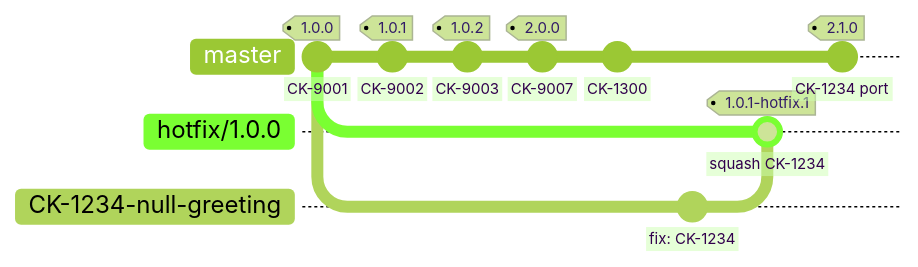
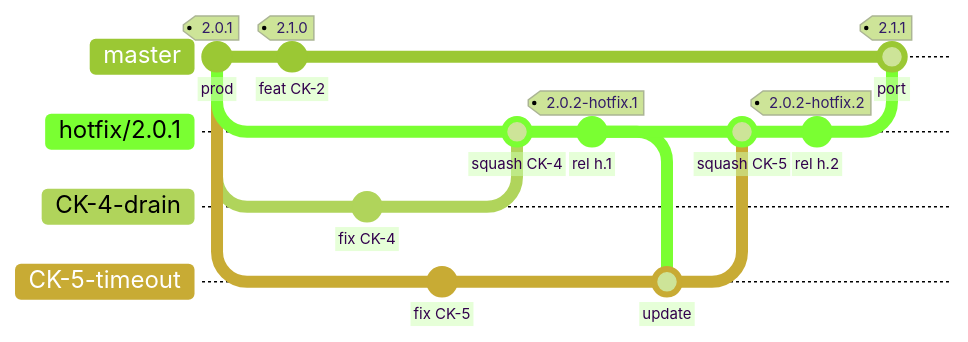
Before and after one commit to avall/homelab-poc-semantic-version: the third of 4 diagrams in README.md, drawn with Mermaid (forest theme). The commit also changed other lines of this file and 64 other files, not shown here.

````diff
--- a/README.md
+++ b/README.md
@@ -67,18 +215,24 @@
 ```mermaid
-%%{init: {"gitGraph": {"mainBranchName": "master", "rotateCommitLabel": false}}}%%
+%%{init: {'gitGraph': {'mainBranchName': 'master', 'rotateCommitLabel': false}}}%%
 gitGraph
-    commit id: "CK-9001" tag: "1.0.0"
-    branch "hotfix/1.0.0"
-    checkout master
-    commit id: "CK-9002" tag: "1.0.1"
-    commit id: "CK-9003" tag: "1.0.2"
-    commit id: "CK-9007" tag: "2.0.0"
-    commit id: "CK-1300"
-    checkout "hotfix/1.0.0"
-    branch CK-1234-null-greeting
-    commit id: "fix: CK-1234"
-    checkout "hotfix/1.0.0"
-    merge CK-1234-null-greeting id: "squash CK-1234" tag: "1.0.1-hotfix.1"
-    checkout master
-    commit id: "CK-1234 port" tag: "2.1.0"
+  commit id: "prod" tag: "2.0.1"
+  branch hotfix/2.0.1
+  checkout master
+  commit id: "feat CK-2" tag: "2.1.0"
+  checkout hotfix/2.0.1
+  branch CK-4-drain
+  commit id: "fix CK-4"
+  checkout hotfix/2.0.1
+  branch CK-5-timeout
+  commit id: "fix CK-5"
+  checkout hotfix/2.0.1
+  merge CK-4-drain id: "squash CK-4"
+  commit id: "rel h.1" tag: "2.0.2-hotfix.1"
+  checkout CK-5-timeout
+  merge hotfix/2.0.1 id: "update"
+  checkout hotfix/2.0.1
+  merge CK-5-timeout id: "squash CK-5"
+  commit id: "rel h.2" tag: "2.0.2-hotfix.2"
+  checkout master
+  merge hotfix/2.0.1 id: "port" tag: "2.1.1"
 ```
````
